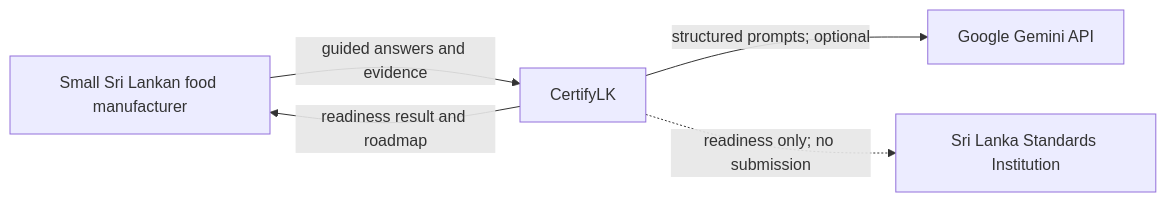
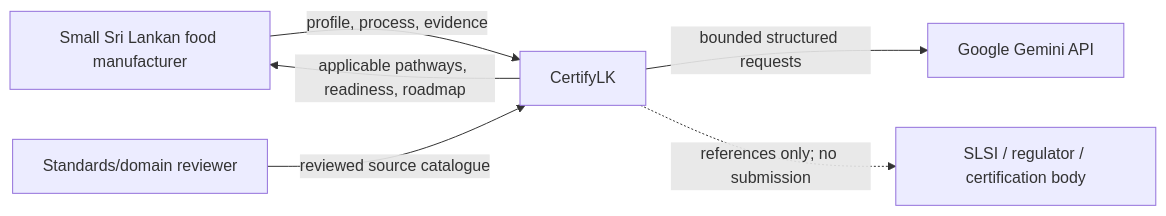
The first of 6 diagrams in docs/ARCHITECTURE.md (HirushaSipsara/certifylk), drawn with Mermaid before and after one commit. The commit also changed other lines of this file and 67 other files, not shown here.

````diff
--- a/docs/ARCHITECTURE.md
+++ b/docs/ARCHITECTURE.md
@@ -5,7 +9,8 @@
 ```mermaid
 flowchart LR
-  Owner[Small Sri Lankan food manufacturer] -->|guided answers and evidence| CertifyLK[CertifyLK]
-  CertifyLK -->|readiness result and roadmap| Owner
-  CertifyLK -->|structured prompts; optional| Gemini[Google Gemini API]
-  CertifyLK -.->|readiness only; no submission| SLS[Sri Lanka Standards Institution]
+  Owner[Small Sri Lankan food manufacturer] -->|profile, process, evidence| CertifyLK[CertifyLK]
+  CertifyLK -->|applicable pathways, readiness, roadmap| Owner
+  Reviewer[Standards/domain reviewer] -->|reviewed source catalogue| CertifyLK
+  CertifyLK -->|bounded structured requests| Gemini[Google Gemini API]
+  CertifyLK -.->|references only; no submission| Bodies[SLSI / regulator / certification body]
 ```
````
